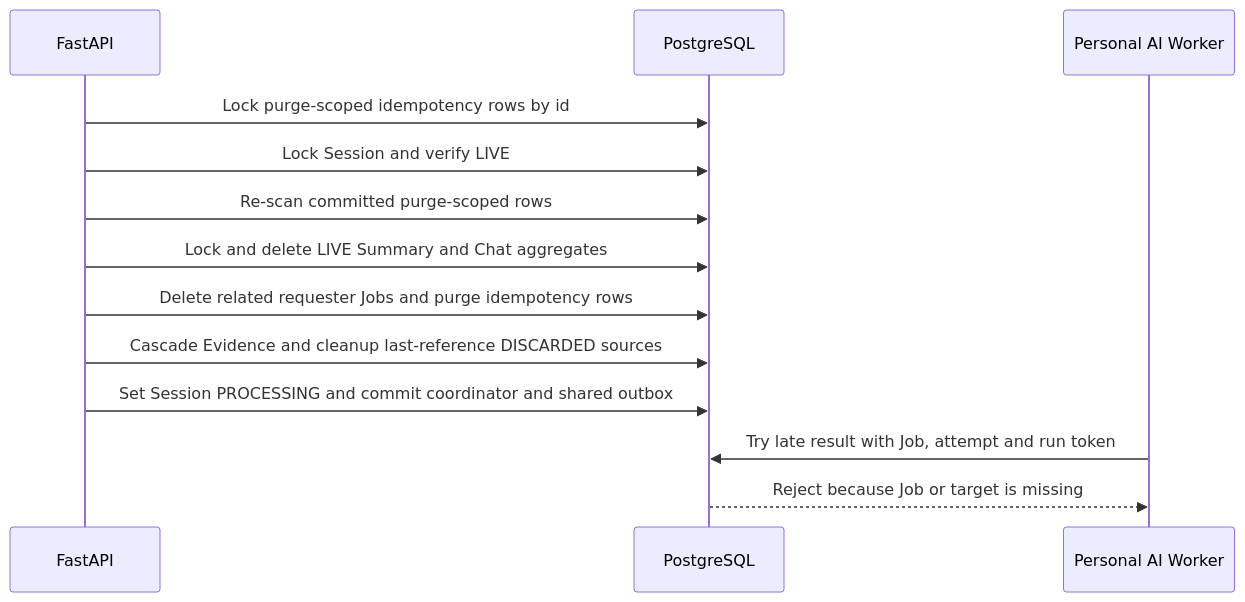
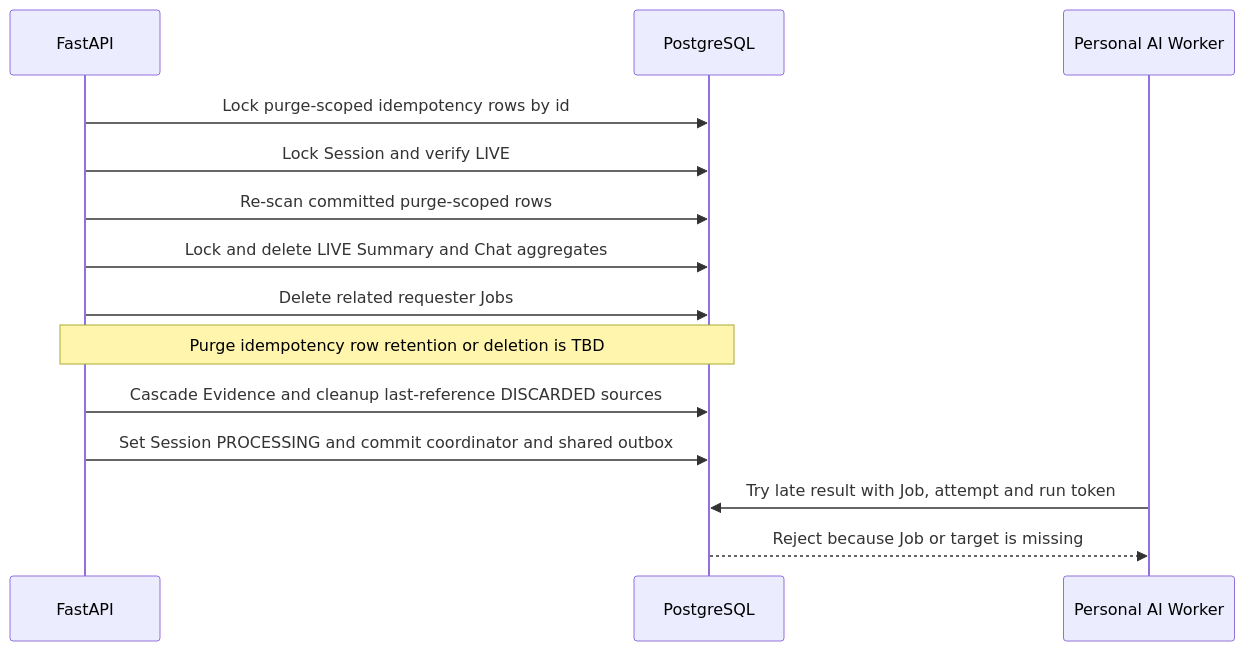
The ninth of 9 diagrams in docs/architecture/시스템구성도.md (madcamp-official/26s-w2-c2-08), drawn with Mermaid before and after one commit. The commit also changed other lines of this file and 22 other files, not shown here.

````diff
--- a/docs/architecture/시스템구성도.md
+++ b/docs/architecture/시스템구성도.md
@@ -642,16 +647,17 @@
 ```mermaid
 sequenceDiagram
     participant api as FastAPI
     participant database as PostgreSQL
     participant worker as Personal AI Worker
 
     api->>database: Lock purge-scoped idempotency rows by id
     api->>database: Lock Session and verify LIVE
     api->>database: Re-scan committed purge-scoped rows
     api->>database: Lock and delete LIVE Summary and Chat aggregates
-    api->>database: Delete related requester Jobs and purge idempotency rows
+    api->>database: Delete related requester Jobs
+    Note over api,database: Purge idempotency row retention or deletion is TBD
     api->>database: Cascade Evidence and cleanup last-reference DISCARDED sources
     api->>database: Set Session PROCESSING and commit coordinator and shared outbox
     worker->>database: Try late result with Job, attempt and run token
     database-->>worker: Reject because Job or target is missing
 ```
````
